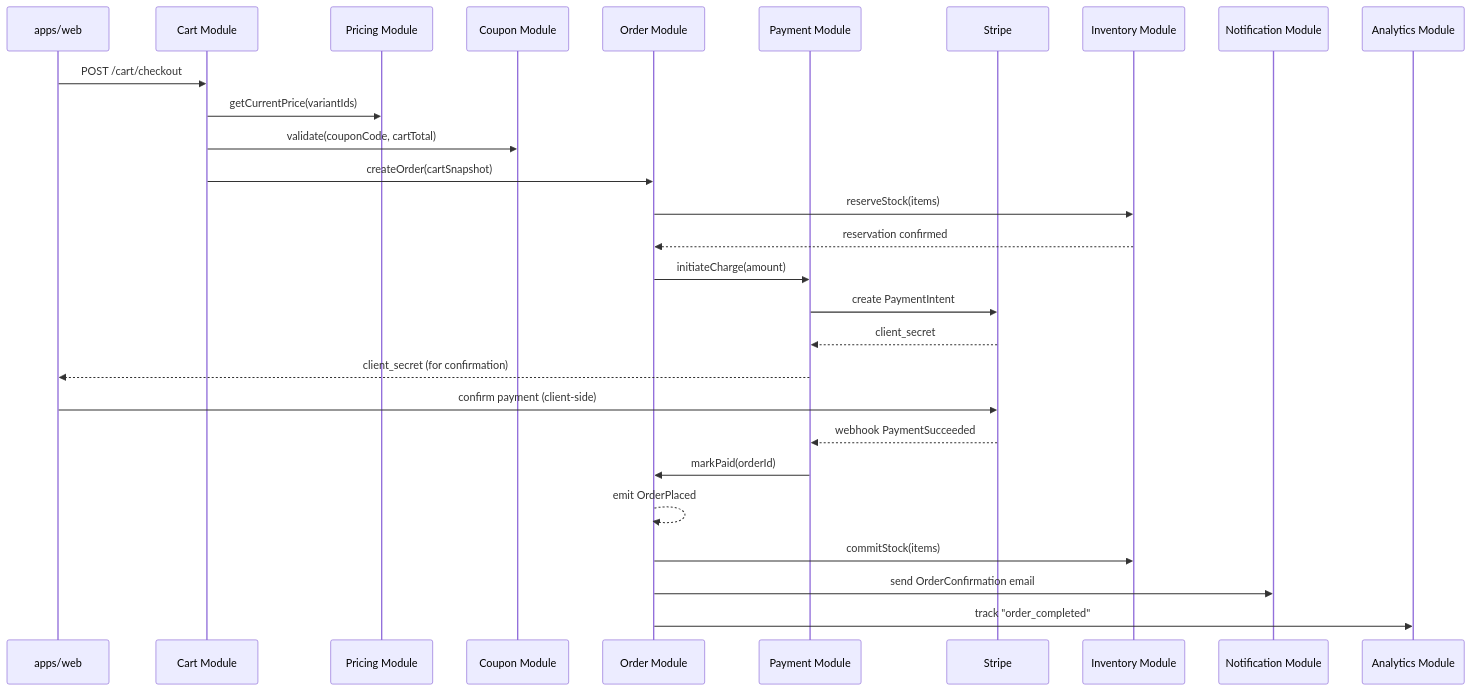
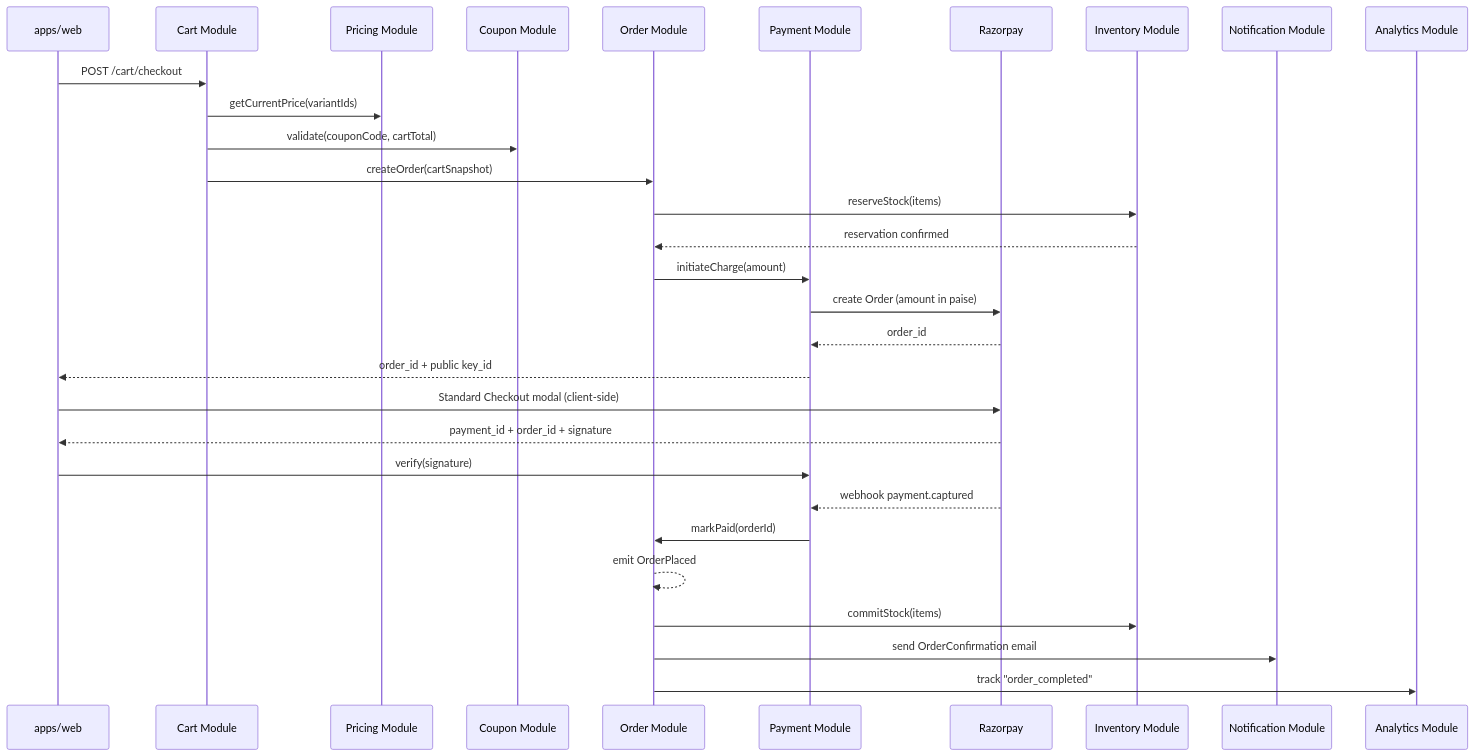
The fourth of 8 diagrams in ARCHITECTURE.md (VedantJoshi23/jwel), drawn with Mermaid before and after one commit. The commit also changed other lines of this file and 19 other files, not shown here.

````diff
--- a/ARCHITECTURE.md
+++ b/ARCHITECTURE.md
@@ -373,31 +371,33 @@
 ```mermaid
 sequenceDiagram
     participant Web as apps/web
     participant Cart as Cart Module
     participant Pricing as Pricing Module
     participant Coupon as Coupon Module
     participant Order as Order Module
     participant Payment as Payment Module
-    participant Stripe
+    participant Razorpay
     participant Inventory as Inventory Module
     participant Notify as Notification Module
     participant Analytics as Analytics Module
 
     Web->>Cart: POST /cart/checkout
     Cart->>Pricing: getCurrentPrice(variantIds)
     Cart->>Coupon: validate(couponCode, cartTotal)
     Cart->>Order: createOrder(cartSnapshot)
     Order->>Inventory: reserveStock(items)
     Inventory-->>Order: reservation confirmed
     Order->>Payment: initiateCharge(amount)
-    Payment->>Stripe: create PaymentIntent
-    Stripe-->>Payment: client_secret
-    Payment-->>Web: client_secret (for confirmation)
-    Web->>Stripe: confirm payment (client-side)
-    Stripe-->>Payment: webhook PaymentSucceeded
+    Payment->>Razorpay: create Order (amount in paise)
+    Razorpay-->>Payment: order_id
+    Payment-->>Web: order_id + public key_id
+    Web->>Razorpay: Standard Checkout modal (client-side)
+    Razorpay-->>Web: payment_id + order_id + signature
+    Web->>Payment: verify(signature)
+    Razorpay-->>Payment: webhook payment.captured
     Payment->>Order: markPaid(orderId)
     Order-->>Order: emit OrderPlaced
     Order->>Inventory: commitStock(items)
     Order->>Notify: send OrderConfirmation email
     Order->>Analytics: track "order_completed"
 ```
````
